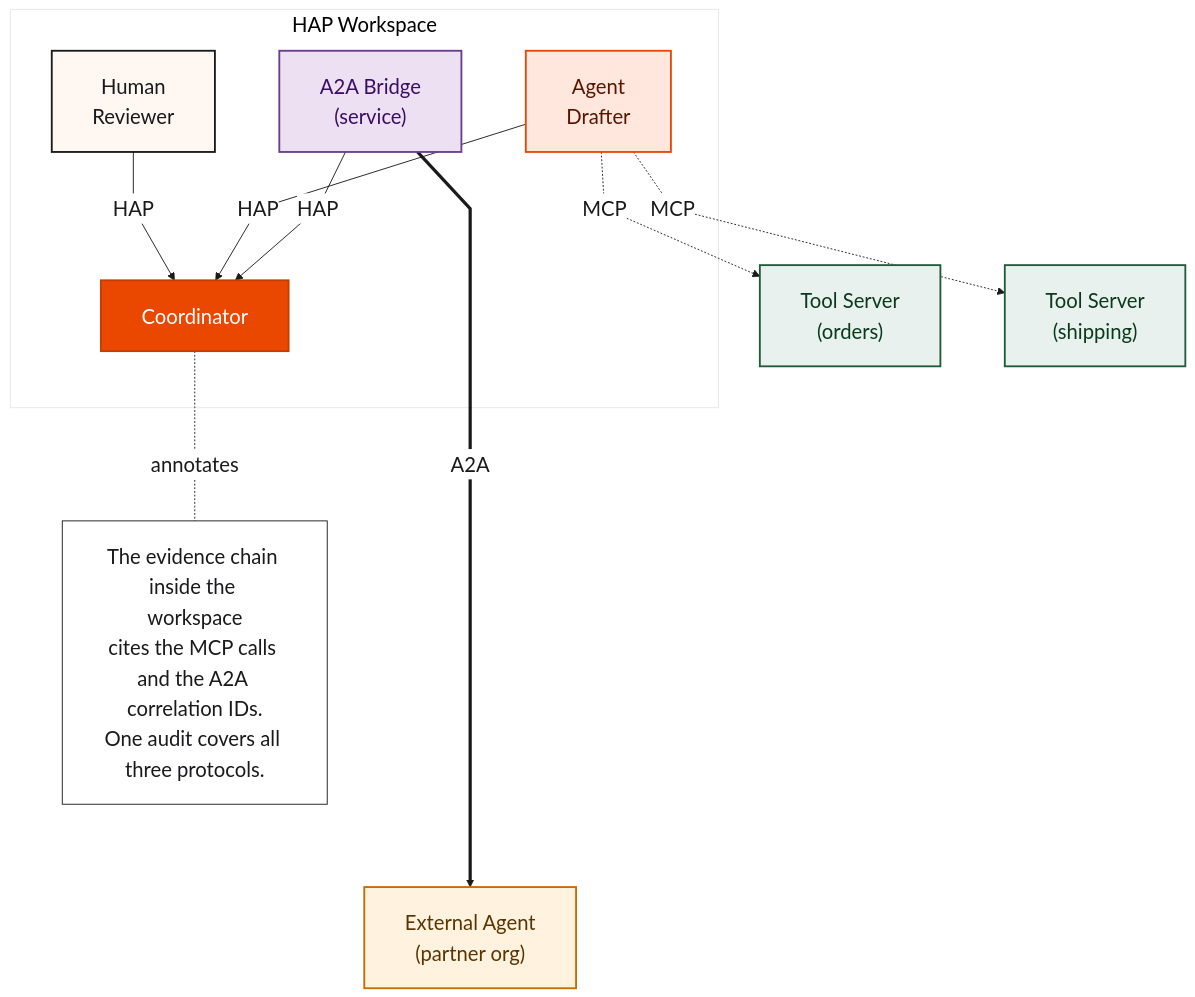
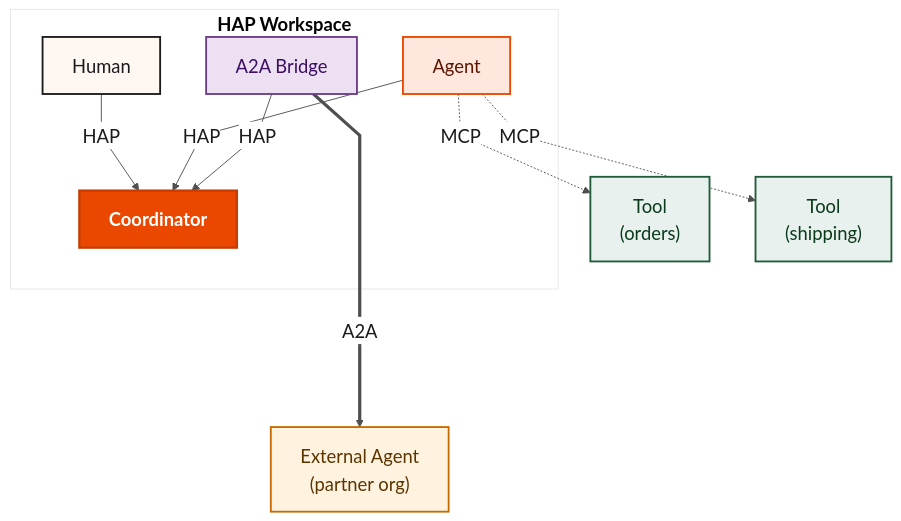
One commit to BrightbeamAI/chap changed the eighth of 9 diagrams in ARCHITECTURE.md. Above: the diagram before and after it, drawn with Mermaid. The commit also changed other lines of this file and 14 other files, not shown here.

````diff
--- a/ARCHITECTURE.md
+++ b/ARCHITECTURE.md
@@ -385,42 +380,39 @@
 ```mermaid
 %%{init: {
   "theme": "base",
   "themeVariables": {
-    "fontSize": "22px",
+    "fontSize": "20px",
     "fontFamily": "Arial, Helvetica, sans-serif",
     "primaryColor": "#ffffff",
     "primaryTextColor": "#1a1a1c",
     "primaryBorderColor": "#1a1a1c",
-    "lineColor": "#1a1a1c"
+    "lineColor": "#4f4f52"
   },
-  "flowchart": { "curve": "linear", "nodeSpacing": 70, "rankSpacing": 90, "padding": 22 }
+  "flowchart": { "curve": "linear", "nodeSpacing": 50, "rankSpacing": 60, "padding": 16 }
 }}%%
 flowchart TB
     classDef human fill:#FFF8F2,stroke:#1a1a1c,stroke-width:2px,color:#1a1a1c
     classDef agent fill:#FFE7DD,stroke:#EA4700,stroke-width:2px,color:#5a1500
-    classDef coord fill:#EA4700,stroke:#C73D00,stroke-width:2px,color:#ffffff
+    classDef coord fill:#EA4700,stroke:#C73D00,stroke-width:2.5px,color:#ffffff
     classDef tool  fill:#E8F1ED,stroke:#1f5b39,stroke-width:2px,color:#0a3a1c
     classDef bridge fill:#EDE0F2,stroke:#6a3d8a,stroke-width:2px,color:#3b0e63
     classDef ext   fill:#FFF3E0,stroke:#C76B00,stroke-width:2px,color:#5a3500
 
-    subgraph WS["HAP Workspace"]
-      H["Human<br/>Reviewer"]:::human
-      A["Agent<br/>Drafter"]:::agent
-      C["Coordinator"]:::coord
-      B["A2A Bridge<br/>(service)"]:::bridge
+    subgraph WS["<b>HAP Workspace</b>"]
+      H["Human"]:::human
+      A["Agent"]:::agent
+      C["<b>Coordinator</b>"]:::coord
+      B["A2A Bridge"]:::bridge
     end
 
-    T1["Tool Server<br/>(orders)"]:::tool
-    T2["Tool Server<br/>(shipping)"]:::tool
+    T1["Tool<br/>(orders)"]:::tool
+    T2["Tool<br/>(shipping)"]:::tool
     EXT["External Agent<br/>(partner org)"]:::ext
 
     H -->|HAP| C
     A -->|HAP| C
     B -->|HAP| C
     A -.->|MCP| T1
     A -.->|MCP| T2
     B ====>|A2A| EXT
-
-    Note1["The evidence chain inside the workspace<br/>cites the MCP calls and the A2A correlation IDs.<br/>One audit covers all three protocols."]
-    C -. annotates .- Note1
 ```
````
